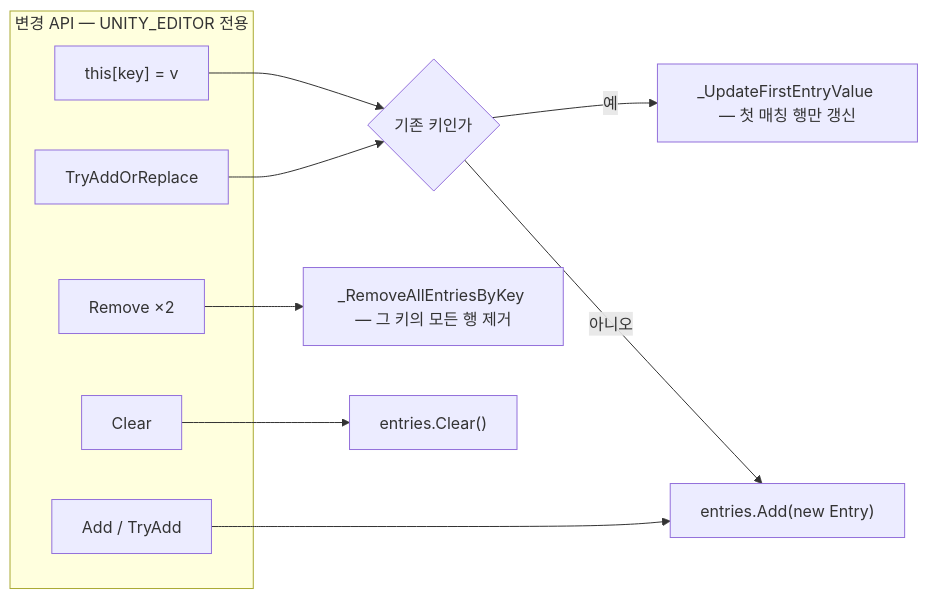
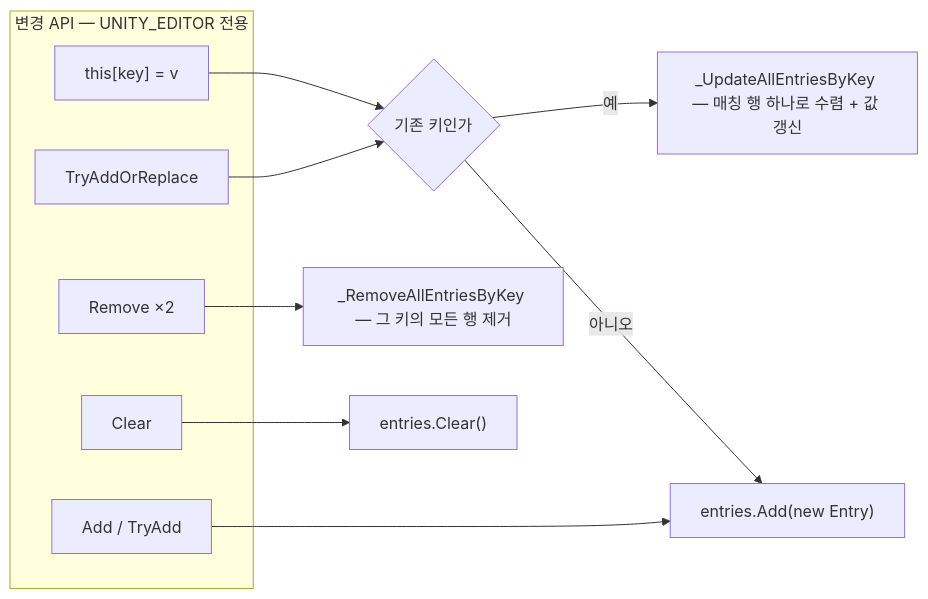
One commit to HoHong123/HCUP-Unity changed the fourth of 6 diagrams in HCollection/docs/HDictionary.md. Above: the diagram before and after it, drawn with Mermaid. The commit also changed other lines of this file, not shown here.

````diff
--- a/HCollection/docs/HDictionary.md
+++ b/HCollection/docs/HDictionary.md
@@ -191,18 +191,18 @@
 ```mermaid
 flowchart LR
     subgraph API["변경 API — UNITY_EDITOR 전용"]
     A1["this[key] = v"]
     A2["Add / TryAdd"]
     A3["TryAddOrReplace"]
     A4["Remove ×2"]
     A5["Clear"]
     end
 
     A1 --> X{"기존 키인가"}
-    X -->|예| U1["_UpdateFirstEntryValue — 첫 매칭 행만 갱신"]
+    X -->|예| U1["_UpdateAllEntriesByKey — 매칭 행 하나로 수렴 + 값 갱신"]
     X -->|아니오| U2["entries.Add(new Entry)"]
     A2 --> U2
     A3 --> X
     A4 --> U3["_RemoveAllEntriesByKey — 그 키의 모든 행 제거"]
     A5 --> U4["entries.Clear()"]
 ```
````
